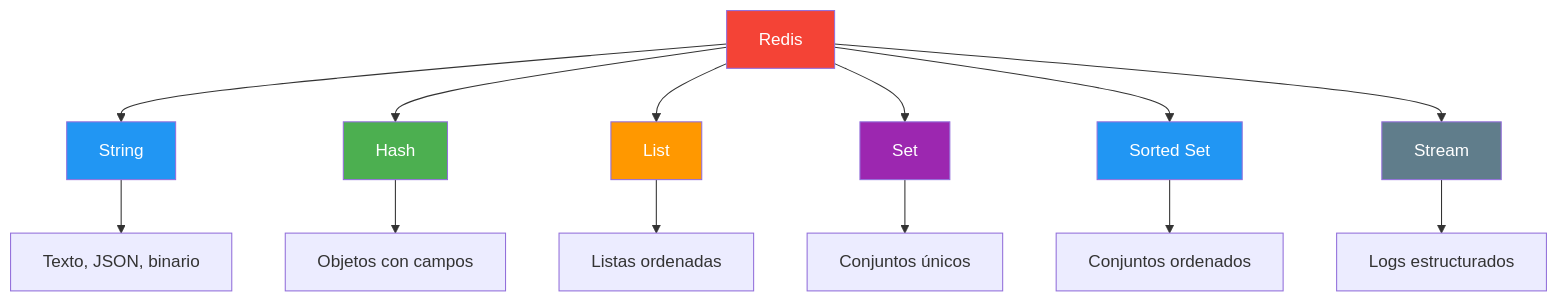
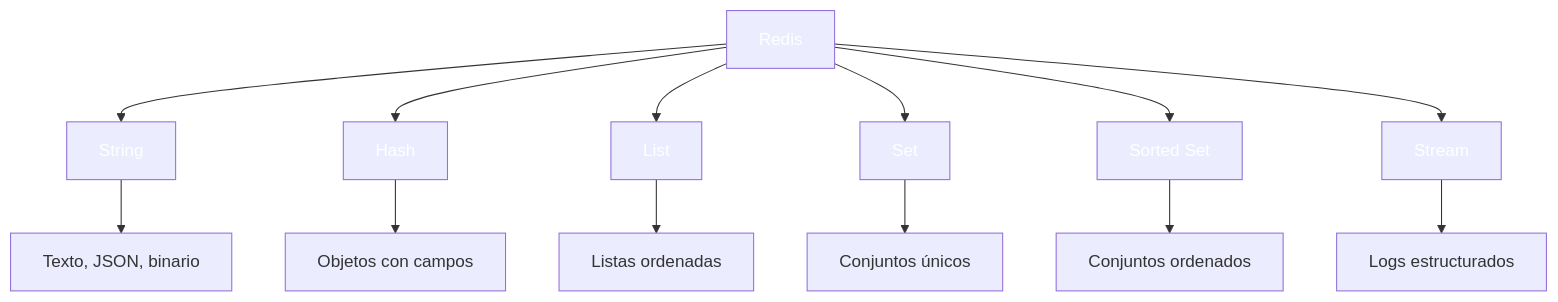
One commit to joseluisgs/DesarrolloWebEntornosServidor-02-2026-2027 changed diagram 12 of 17 in 14-cache-redis.md. Above: the diagram before and after it, drawn with Mermaid. The commit also changed other lines of this file and 41 other files, not shown here.

````diff
--- a/14-cache-redis.md
+++ b/14-cache-redis.md
@@ -431,22 +431,22 @@
 ```mermaid
 flowchart TD
     A["Redis"] --> B["String"]
     A --> C["Hash"]
     A --> D["List"]
     A --> E["Set"]
     A --> F["Sorted Set"]
     A --> G["Stream"]
     B --> B1["Texto, JSON, binario"]
     C --> C1["Objetos con campos"]
     D --> D1["Listas ordenadas"]
     E --> E1["Conjuntos únicos"]
     F --> F1["Conjuntos ordenados"]
     G --> G1["Logs estructurados"]
-    style A fill:#F44336,color:#fff
-    style B fill:#2196F3,color:#fff
-    style C fill:#4CAF50,color:#fff
-    style D fill:#FF9800,color:#fff
-    style E fill:#9C27B0,color:#fff
-    style F fill:#2196F3,color:#fff
-    style G fill:#607D8B,color:#fff
+    style A fill:#F4433,color:#fff6,color:#fff
+    style B fill:#2196F,color:#fff3,color:#fff
+    style C fill:#4CAF5,color:#fff0,color:#fff
+    style D fill:#FF980,color:#fff0,color:#fff
+    style E fill:#9C27B,color:#fff0,color:#fff
+    style F fill:#2196F,color:#fff3,color:#fff
+    style G fill:#607D8,color:#fffB,color:#fff
 ```
````
